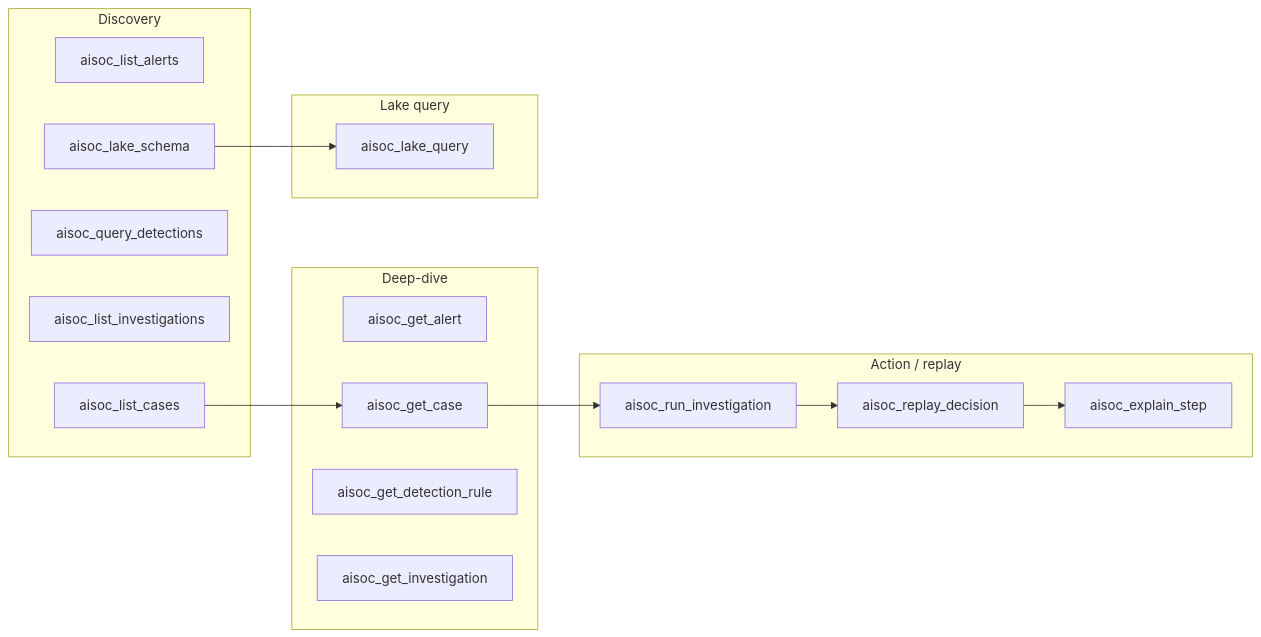
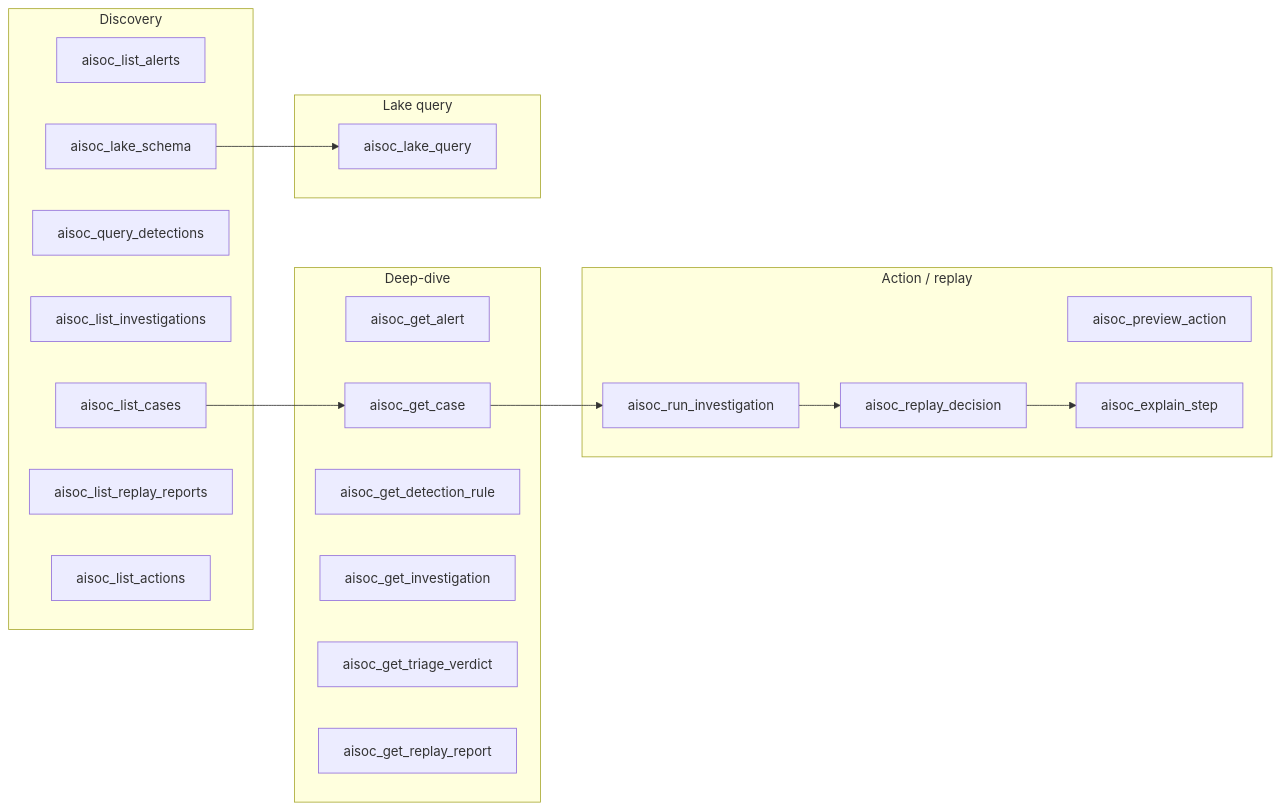
One commit to beenuar/AiSOC changed the diagram in apps/docs/docs/integrations/mcp.md. Above: the diagram before and after it, drawn with Mermaid. The commit also changed other lines of this file and 26 other files, not shown here.

First line of the commit message:
feat(mcp): triage verdicts, replay reports and a dry-run-only action preview

````diff
--- a/apps/docs/docs/integrations/mcp.md
+++ b/apps/docs/docs/integrations/mcp.md
@@ -93,26 +93,31 @@
 ```mermaid
 graph LR
   subgraph Discovery
     A1[aisoc_list_alerts]
     A2[aisoc_list_cases]
     A3[aisoc_query_detections]
     A4[aisoc_list_investigations]
     A5[aisoc_lake_schema]
+    A6[aisoc_list_replay_reports]
+    A7[aisoc_list_actions]
   end
   subgraph Deep-dive
     B1[aisoc_get_alert]
     B2[aisoc_get_case]
     B3[aisoc_get_detection_rule]
     B4[aisoc_get_investigation]
+    B5[aisoc_get_triage_verdict]
+    B6[aisoc_get_replay_report]
   end
   subgraph Lake query
     D1[aisoc_lake_query]
   end
   subgraph Action / replay
     C1[aisoc_run_investigation]
+    C4[aisoc_preview_action]
     C2[aisoc_replay_decision]
     C3[aisoc_explain_step]
   end
   A2 --> B2 --> C1 --> C2 --> C3
   A5 --> D1
 ```
````
